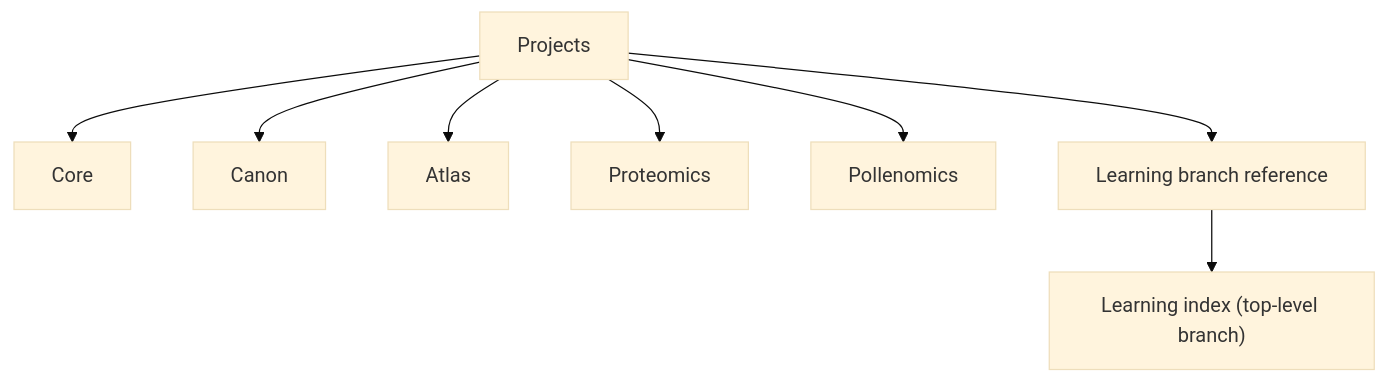
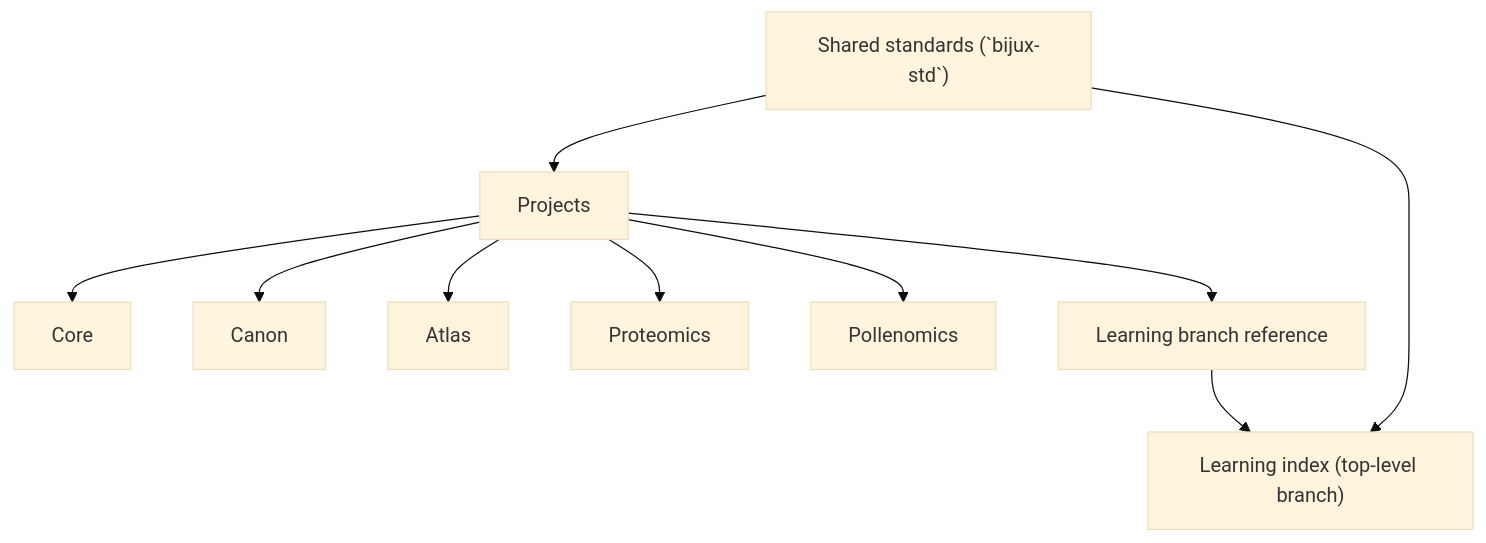
The diagram in docs/projects/index.md (bijux/bijux.github.io), drawn with Mermaid (base theme) before and after one commit. The commit also changed other lines of this file, not shown here.

Commit message:
docs(projects): add shared standards alignment and diagram support layer

````diff
--- a/docs/projects/index.md
+++ b/docs/projects/index.md
@@ -21,11 +23,13 @@
 ```mermaid
 graph TD
+    standards["Shared standards (`bijux-std`)"] --> projects["Projects"]
     projects["Projects"] --> core["Core"]
     projects --> canon["Canon"]
     projects --> atlas["Atlas"]
     projects --> proteomics["Proteomics"]
     projects --> pollenomics["Pollenomics"]
     projects --> learning["Learning branch reference"]
 
     learning --> learning_index["Learning index (top-level branch)"]
+    standards --> learning_index
 ```
````
